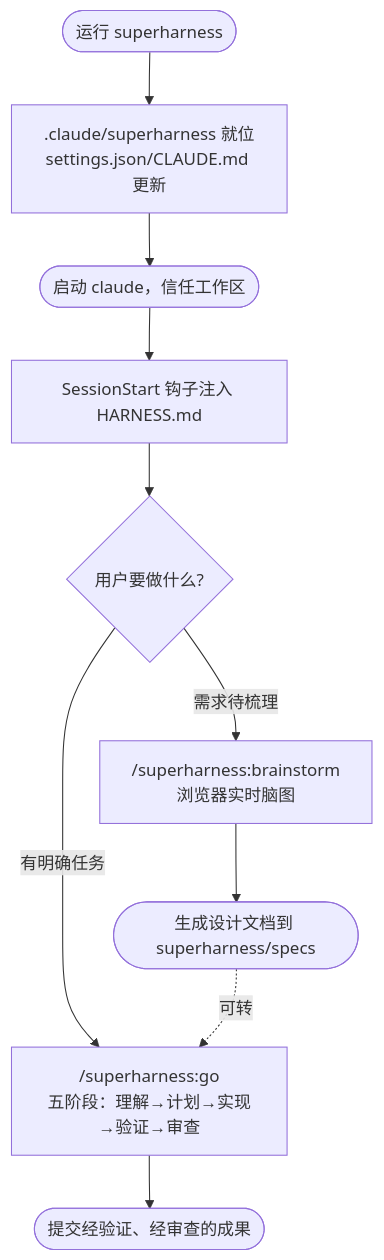
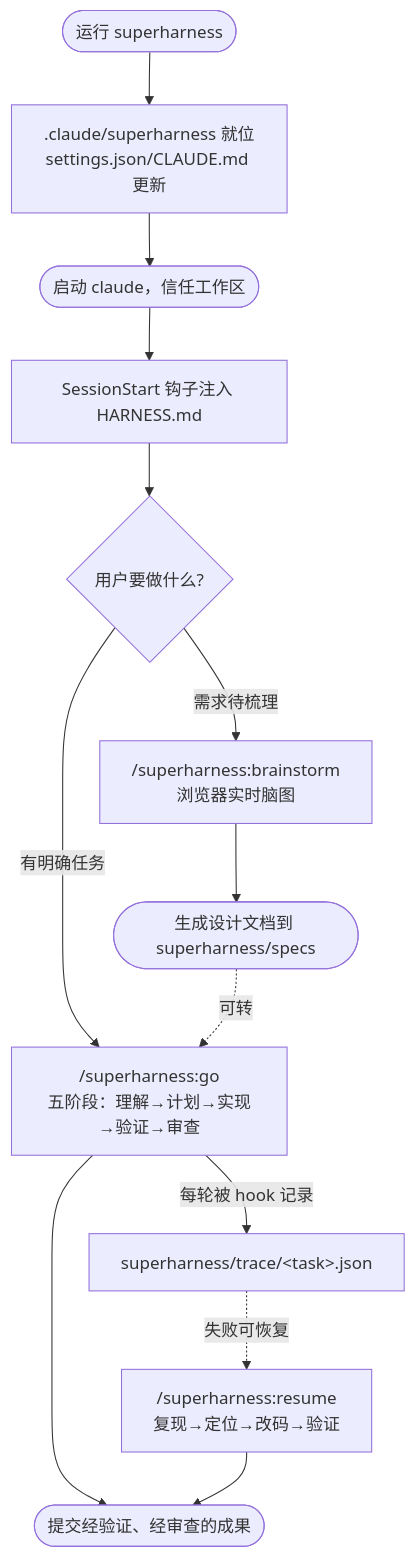
Before and after one commit to YachuanWzh/harness: diagram 11 of 11 in 技术方案文档.md, drawn with Mermaid. The commit also changed other lines of this file, not shown here.

````diff
--- a/技术方案文档.md
+++ b/技术方案文档.md
@@ -299,12 +406,15 @@
 ```mermaid
 flowchart TD
     A([运行 superharness]) --> B[".claude/superharness 就位<br/>settings.json/CLAUDE.md 更新"]
     B --> C([启动 claude，信任工作区])
     C --> D["SessionStart 钩子注入 HARNESS.md"]
     D --> E{用户要做什么?}
     E -->|有明确任务| F["/superharness:go<br/>五阶段：理解→计划→实现→验证→审查"]
     E -->|需求待梳理| G["/superharness:brainstorm<br/>浏览器实时脑图"]
+    F -->|每轮被 hook 记录| T["superharness/trace/&lt;task&gt;.json"]
     F --> H([提交经验证、经审查的成果])
+    T -.失败可恢复.-> RS["/superharness:resume<br/>复现→定位→改码→验证"]
+    RS --> H
     G --> I([生成设计文档到 superharness/specs])
     I -.可转.-> F
 ```
````
